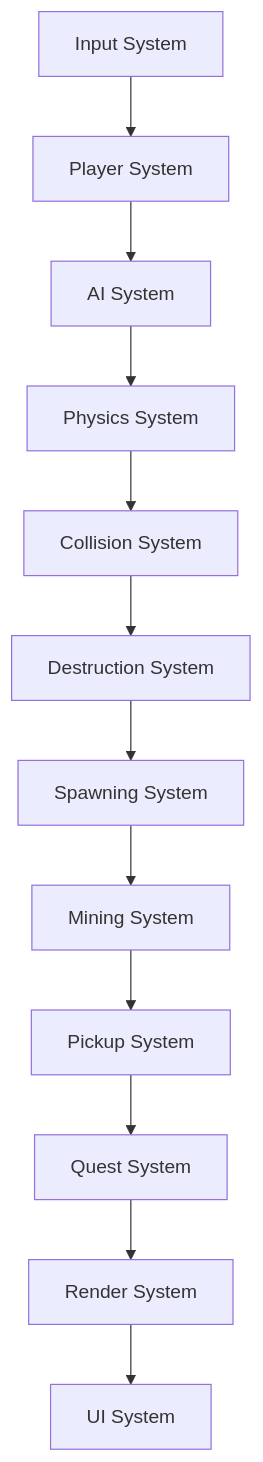
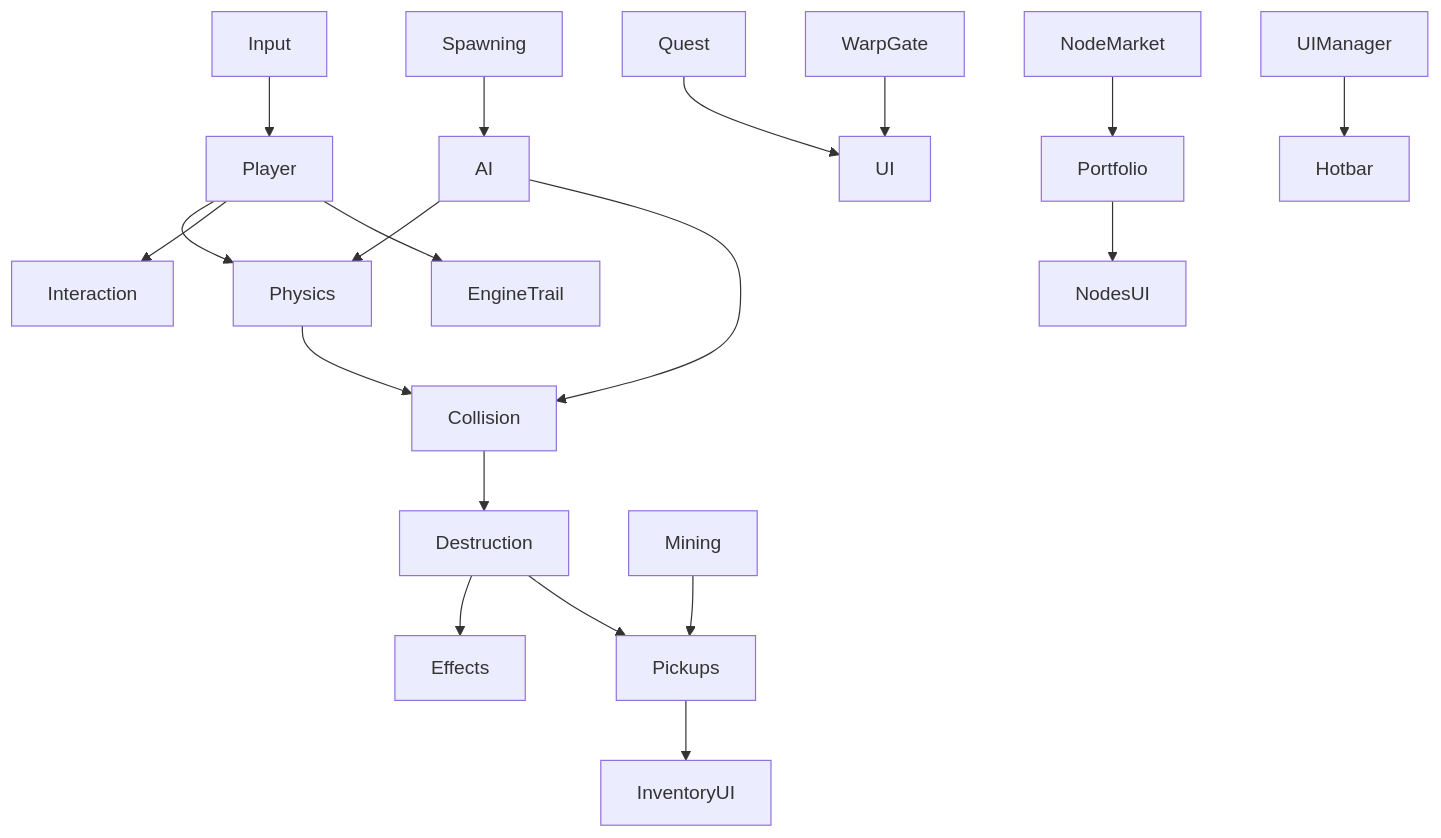
The diagram in docs/SYSTEMS_GUIDE.md (jmbarnez/LoveProject), drawn with Mermaid before and after one commit. The commit also changed other lines of this file and 3 other files, not shown here.

````diff
--- a/docs/SYSTEMS_GUIDE.md
+++ b/docs/SYSTEMS_GUIDE.md
@@ -415,14 +179,21 @@
 ```mermaid
 graph TD
-    A[Input System] --> B[Player System]
-    B --> C[AI System]
-    C --> D[Physics System]
-    D --> E[Collision System]
-    E --> F[Destruction System]
-    F --> G[Spawning System]
-    G --> H[Mining System]
-    H --> I[Pickup System]
-    I --> J[Quest System]
-    J --> K[Render System]
-    K --> L[UI System]
+    Input --> Player
+    Player --> Physics
+    Player --> Interaction
+    Player --> EngineTrail
+    AI --> Physics
+    AI --> Collision
+    Physics --> Collision
+    Collision --> Destruction
+    Destruction --> Effects
+    Destruction --> Pickups
+    Pickups --> InventoryUI
+    Mining --> Pickups
+    Spawning --> AI
+    Quest --> UI
+    NodeMarket --> Portfolio
+    Portfolio --> NodesUI
+    WarpGate --> UI
+    UIManager --> Hotbar
 ```
````
